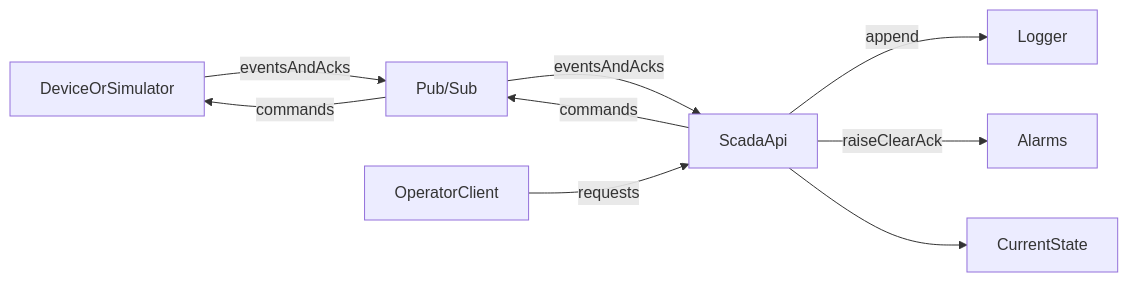
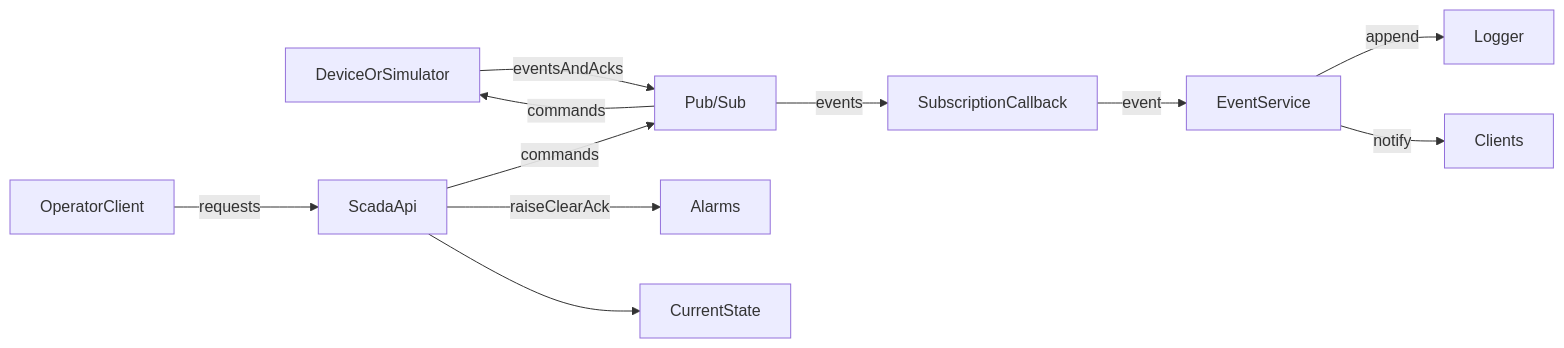
The first of 3 diagrams in docs/design.md (ishavmahajan/CSCN72030-Sec2-GroupS1-2), drawn with Mermaid before and after one commit. The commit also changed other lines of this file, not shown here.

````diff
--- a/docs/design.md
+++ b/docs/design.md
@@ -25,11 +25,13 @@
 ```mermaid
 flowchart LR
   device[DeviceOrSimulator] -->|eventsAndAcks| pubsub["Pub/Sub"]
-  pubsub -->|eventsAndAcks| api[ScadaApi]
-  operator[OperatorClient] -->|requests| api
+  pubsub -->|events| callback[SubscriptionCallback]
+  callback -->|event| eventService[EventService]
+  eventService -->|append| logger[Logger]
+  eventService -->|notify| clients[Clients]
+  operator[OperatorClient] -->|requests| api[ScadaApi]
   api -->|commands| pubsub
   pubsub -->|commands| device
-  api -->|append| logger[Logger]
   api -->|raiseClearAck| alarms[Alarms]
   api --> cache[CurrentState]
 ```
````
